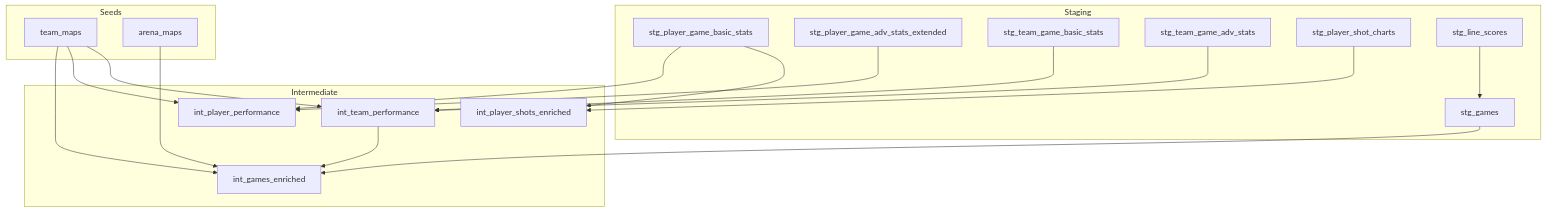
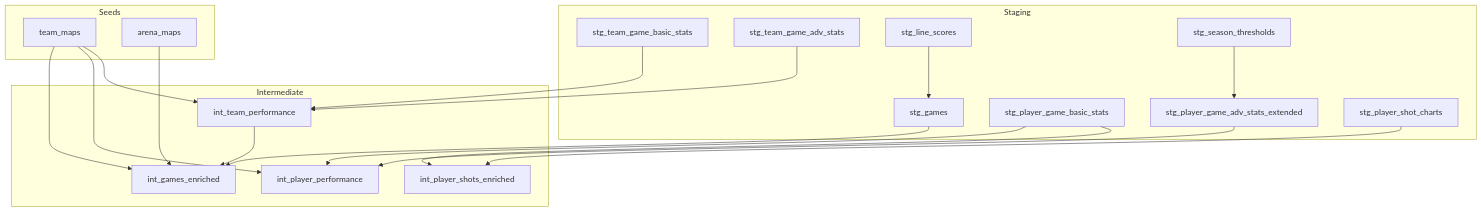
One commit to nprasad2077/dbt_sample changed the second of 2 diagrams in .agents/summary/interfaces.md. Above: the diagram before and after it, drawn with Mermaid. The commit also changed other lines of this file and 12 other files, not shown here.

Commit message:
charts update

````diff
--- a/.agents/summary/interfaces.md
+++ b/.agents/summary/interfaces.md
@@ -87,38 +102,40 @@
 ```mermaid
 graph TD
     subgraph Seeds
         team_maps
         arena_maps
     end
 
     subgraph Staging
         stg_games
         stg_player_basic[stg_player_game_basic_stats]
         stg_player_adv_ext[stg_player_game_adv_stats_extended]
         stg_team_basic[stg_team_game_basic_stats]
         stg_team_adv[stg_team_game_adv_stats]
         stg_shots[stg_player_shot_charts]
         stg_line_scores
+        stg_season[stg_season_thresholds]
     end
 
     subgraph Intermediate
         int_games[int_games_enriched]
         int_player[int_player_performance]
         int_team[int_team_performance]
         int_shots[int_player_shots_enriched]
     end
 
     team_maps --> int_games
     team_maps --> int_player
     team_maps --> int_team
     arena_maps --> int_games
     stg_games --> int_games
     int_team --> int_games
     stg_player_basic --> int_player
     stg_player_adv_ext --> int_player
     stg_team_basic --> int_team
     stg_team_adv --> int_team
     stg_shots --> int_shots
     stg_player_basic --> int_shots
     stg_line_scores --> stg_games
+    stg_season --> stg_player_adv_ext
 ```
````
